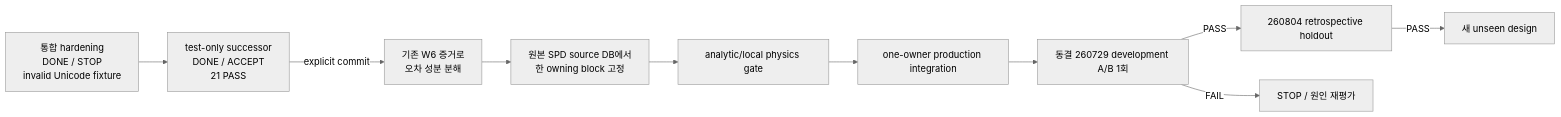
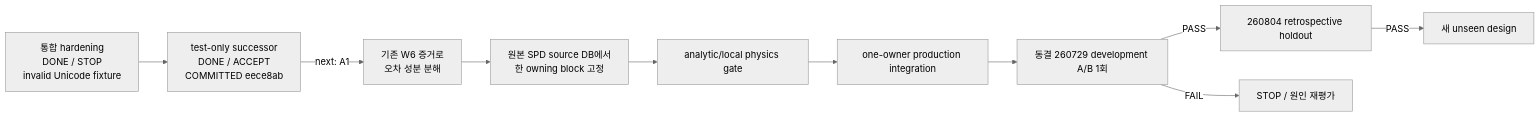
One commit to yunhyok/spd-decap-pi-evaluator changed the diagram in docs/PRODUCT_PURPOSE_AND_TECHNICAL_BASELINE.md. Above: the diagram before and after it, drawn with Mermaid (neutral theme). The commit also changed other lines of this file and 2 other files, not shown here.

Commit message:
docs: record integrated hardening closure

````diff
--- a/docs/PRODUCT_PURPOSE_AND_TECHNICAL_BASELINE.md
+++ b/docs/PRODUCT_PURPOSE_AND_TECHNICAL_BASELINE.md
@@ -134,12 +134,12 @@
 ```mermaid
 flowchart LR
-    H["통합 hardening<br/>DONE / STOP<br/>invalid Unicode fixture"] --> X["test-only successor<br/>DONE / ACCEPT<br/>21 PASS"]
-    X -->|"explicit commit"| E["기존 W6 증거로<br/>오차 성분 분해"]
+    H["통합 hardening<br/>DONE / STOP<br/>invalid Unicode fixture"] --> X["test-only successor<br/>DONE / ACCEPT<br/>COMMITTED eece8ab"]
+    X -->|"next: A1"| E["기존 W6 증거로<br/>오차 성분 분해"]
     E --> D["원본 SPD source DB에서<br/>한 owning block 고정"]
     D --> L["analytic/local physics gate"]
     L --> I["one-owner production integration"]
     I --> A["동결 260729 development A/B 1회"]
     A -->|PASS| R["260804 retrospective holdout"]
     R -->|PASS| U["새 unseen design"]
     A -->|FAIL| S["STOP / 원인 재평가"]
 ```
````
